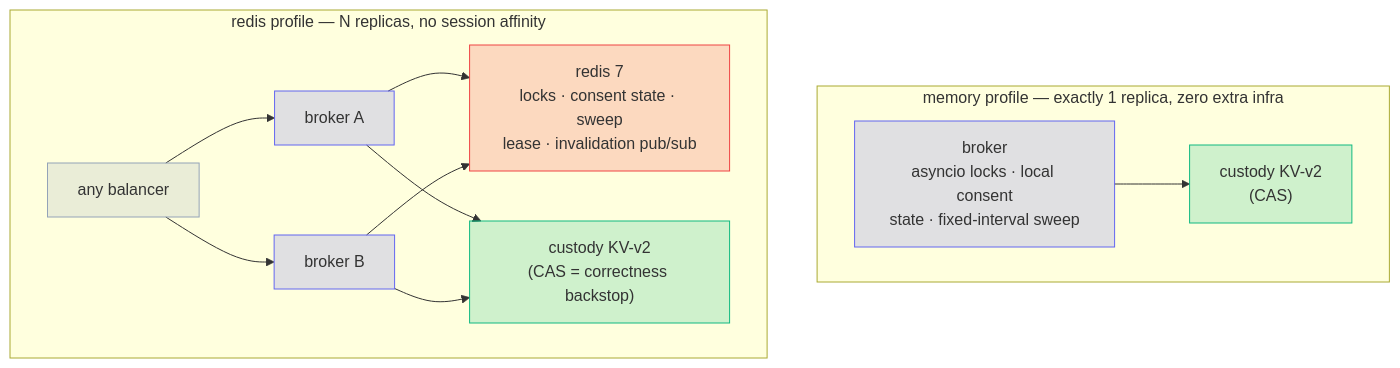
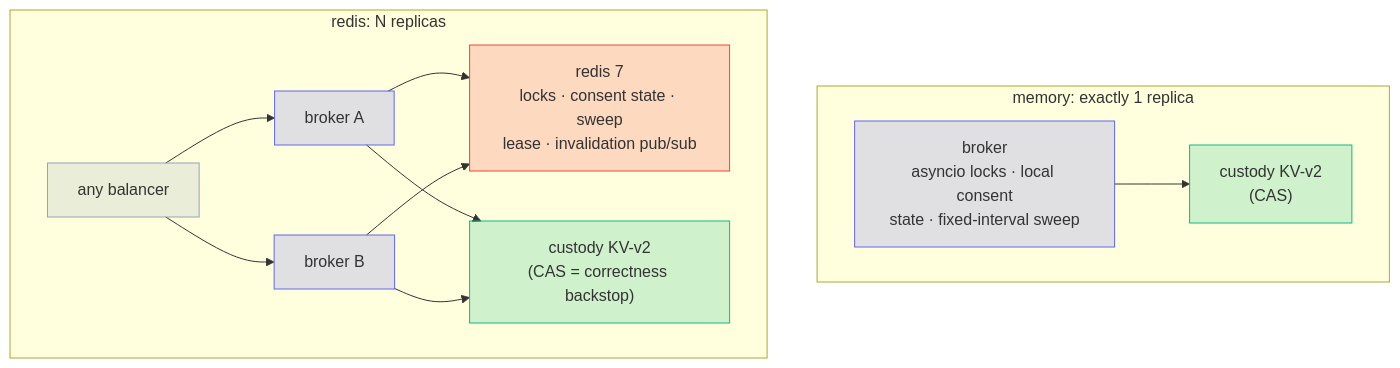
Before and after one commit to chief-builder/vendor-token-broker: the fourth of 4 diagrams in docs/design.md, drawn with Mermaid. The commit also changed other lines of this file and 6 other files, not shown here.

First line of the commit message:
docs: make diagrams readable

````diff
--- a/docs/design.md
+++ b/docs/design.md
@@ -864,32 +864,32 @@
 ```mermaid
 flowchart TB
-    subgraph mem["memory profile — exactly 1 replica, zero extra infra"]
+    subgraph mem["memory: exactly 1 replica"]
         direction LR
         B1["broker<br/>asyncio locks · local consent<br/>state · fixed-interval sweep"]
         K1["custody KV-v2<br/>(CAS)"]
         B1 --> K1
     end
-    subgraph red["redis profile — N replicas, no session affinity"]
+    subgraph red["redis: N replicas"]
         direction LR
         LB["any balancer"]
         A2["broker A"]
         B2["broker B"]
         R2["redis 7<br/>locks · consent state · sweep<br/>lease · invalidation pub/sub"]
         K2["custody KV-v2<br/>(CAS = correctness backstop)"]
         LB --> A2
         LB --> B2
         A2 --> R2
         B2 --> R2
         A2 --> K2
         B2 --> K2
     end
 
     classDef broker fill:#6366f133,stroke:#6366f1
     classDef custody fill:#10b98133,stroke:#10b981
     classDef coord fill:#ef444433,stroke:#ef4444
     classDef neutral fill:#94a3b833,stroke:#94a3b8
     class B1,A2,B2 broker
     class K1,K2 custody
     class R2 coord
     class LB neutral
 ```
````
